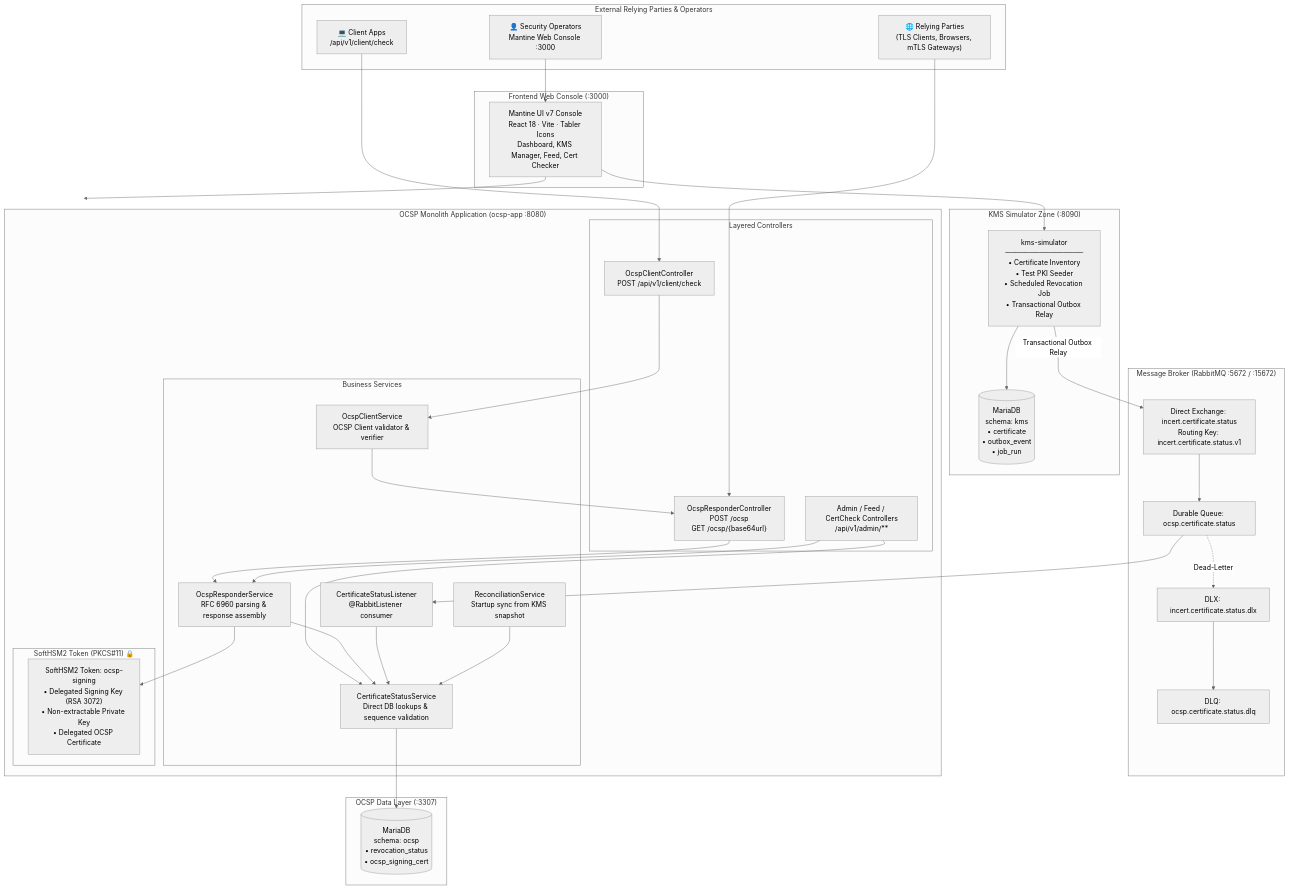
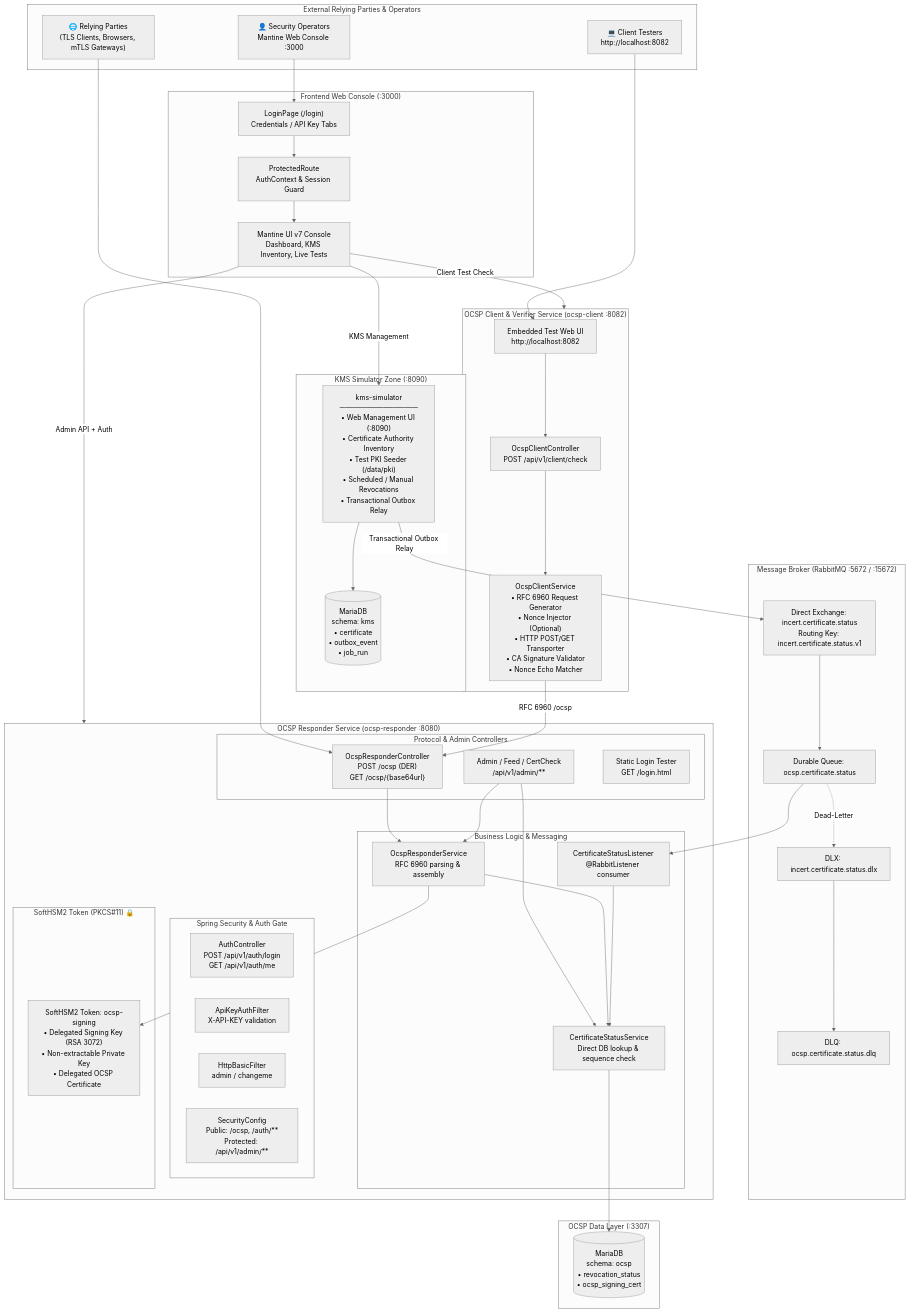
The first of 7 diagrams in ARCHITECTURE.md (Majdzapa/OCSP), drawn with Mermaid (neutral theme) before and after one commit. The commit also changed other lines of this file and 4 other files, not shown here.

Commit message:
docs: update ARCHITECTURE.md and add ADR-005, ADR-006, ADR-007

````diff
--- a/ARCHITECTURE.md
+++ b/ARCHITECTURE.md
@@ -22,12 +23,12 @@
 graph TB
     subgraph EXTERNAL["External Relying Parties & Operators"]
         RP["🌐 Relying Parties<br/>(TLS Clients, Browsers, mTLS Gateways)"]
-        CLIENT_USER["💻 Client Apps<br/>/api/v1/client/check"]
+        CLIENT_USER["💻 Client Testers<br/>http://localhost:8082"]
         OPS["👤 Security Operators<br/>Mantine Web Console :3000"]
     end
 
     subgraph KMS_ZONE["KMS Simulator Zone (:8090)"]
-        KMS["kms-simulator<br/>────────────────<br/>• Certificate Inventory<br/>• Test PKI Seeder<br/>• Scheduled Revocation Job<br/>• Transactional Outbox Relay"]
+        KMS["kms-simulator<br/>────────────────<br/>• Web Management UI (:8090)<br/>• Certificate Authority Inventory<br/>• Test PKI Seeder (/data/pki)<br/>• Scheduled / Manual Revocations<br/>• Transactional Outbox Relay"]
         KMS_DB[("MariaDB<br/>schema: kms<br/>• certificate<br/>• outbox_event<br/>• job_run")]
         KMS --> KMS_DB
     end
@@ -41,19 +42,24 @@
         QUEUE -.->|Dead-Letter| DLX --> DLQ
     end
 
-    subgraph OCSP_MONOLITH["OCSP Monolith Application (ocsp-app :8080)"]
-        subgraph CONTROLLERS["Layered Controllers"]
-            RESP_CTRL["OcspResponderController<br/>POST /ocsp<br/>GET /ocsp/{base64url}"]
-            CLIENT_CTRL["OcspClientController<br/>POST /api/v1/client/check"]
-            ADMIN_CTRL["Admin / Feed / CertCheck Controllers<br/>/api/v1/admin/**"]
+    subgraph RESPONDER_APP["OCSP Responder Service (ocsp-responder :8080)"]
+        subgraph SECURITY_LAYER["Spring Security & Auth Gate"]
+            AUTH_CTRL["AuthController<br/>POST /api/v1/auth/login<br/>GET /api/v1/auth/me"]
+            API_KEY_FILTER["ApiKeyAuthFilter<br/>X-API-KEY validation"]
+            BASIC_AUTH["HttpBasicFilter<br/>admin / changeme"]
+            SEC_CONFIG["SecurityConfig<br/>Public: /ocsp, /auth/**<br/>Protected: /api/v1/admin/**"]
         end
 
-        subgraph SERVICES["Business Services"]
-            RESP_SVC["OcspResponderService<br/>RFC 6960 parsing & response assembly"]
-            CLIENT_SVC["OcspClientService<br/>OCSP Client validator & verifier"]
-            STATUS_SVC["CertificateStatusService<br/>Direct DB lookups & sequence validation"]
+        subgraph RESP_CONTROLLERS["Protocol & Admin Controllers"]
+            RESP_CTRL["OcspResponderController<br/>POST /ocsp (DER)<br/>GET /ocsp/{base64url}"]
+            ADMIN_CTRL["Admin / Feed / CertCheck<br/>/api/v1/admin/**"]
+            STATIC_LOGIN["Static Login Tester<br/>GET /login.html"]
+        end
+
+        subgraph RESP_SERVICES["Business Logic & Messaging"]
+            RESP_SVC["OcspResponderService<br/>RFC 6960 parsing & assembly"]
+            STATUS_SVC["CertificateStatusService<br/>Direct DB lookup & sequence check"]
             LISTENER["CertificateStatusListener<br/>@RabbitListener consumer"]
-            RECON_SVC["ReconciliationService<br/>Startup sync from KMS snapshot"]
         end
 
         subgraph HSM_ZONE["SoftHSM2 Token (PKCS#11) 🔒"]
@@ -61,15 +67,20 @@
         end
 
         RESP_CTRL --> RESP_SVC
-        CLIENT_CTRL --> CLIENT_SVC
         ADMIN_CTRL --> STATUS_SVC
         ADMIN_CTRL --> RESP_SVC
 
         RESP_SVC --> STATUS_SVC
         RESP_SVC --> TOKEN
-        CLIENT_SVC --> RESP_CTRL
         LISTENER --> STATUS_SVC
-        RECON_SVC --> STATUS_SVC
+    end
+
+    subgraph CLIENT_APP["OCSP Client & Verifier Service (ocsp-client :8082)"]
+        CLIENT_UI["Embedded Test Web UI<br/>http://localhost:8082"]
+        CLIENT_CTRL["OcspClientController<br/>POST /api/v1/client/check"]
+        CLIENT_SVC["OcspClientService<br/>• RFC 6960 Request Generator<br/>• Nonce Injector (Optional)<br/>• HTTP POST/GET Transporter<br/>• CA Signature Validator<br/>• Nonce Echo Matcher"]
+        CLIENT_UI --> CLIENT_CTRL
+        CLIENT_CTRL --> CLIENT_SVC
     end
 
     subgraph DB["OCSP Data Layer (:3307)"]
@@ -78,14 +89,19 @@
     end
 
     subgraph CONSOLE["Frontend Web Console (:3000)"]
-        REACT["Mantine UI v7 Console<br/>React 18 · Vite · Tabler Icons<br/>Dashboard, KMS Manager, Feed, Cert Checker"]
+        LOGIN_PAGE["LoginPage (/login)<br/>Credentials / API Key Tabs"]
+        PROT_ROUTE["ProtectedRoute<br/>AuthContext & Session Guard"]
+        REACT["Mantine UI v7 Console<br/>Dashboard, KMS Inventory, Live Tests"]
+        LOGIN_PAGE --> PROT_ROUTE --> REACT
     end
 
     RP --> RESP_CTRL
-    CLIENT_USER --> CLIENT_CTRL
-    OPS --> REACT
-    REACT --> OCSP_MONOLITH
-    REACT --> KMS
+    CLIENT_USER --> CLIENT_UI
+    CLIENT_SVC -->|RFC 6960 /ocsp| RESP_CTRL
+    OPS --> LOGIN_PAGE
+    REACT -->|Admin API + Auth| RESPONDER_APP
+    REACT -->|Client Test Check| CLIENT_APP
+    REACT -->|KMS Management| KMS
     KMS -- "Transactional Outbox Relay" --> EXCHANGE
     QUEUE --> LISTENER
 ```
````
